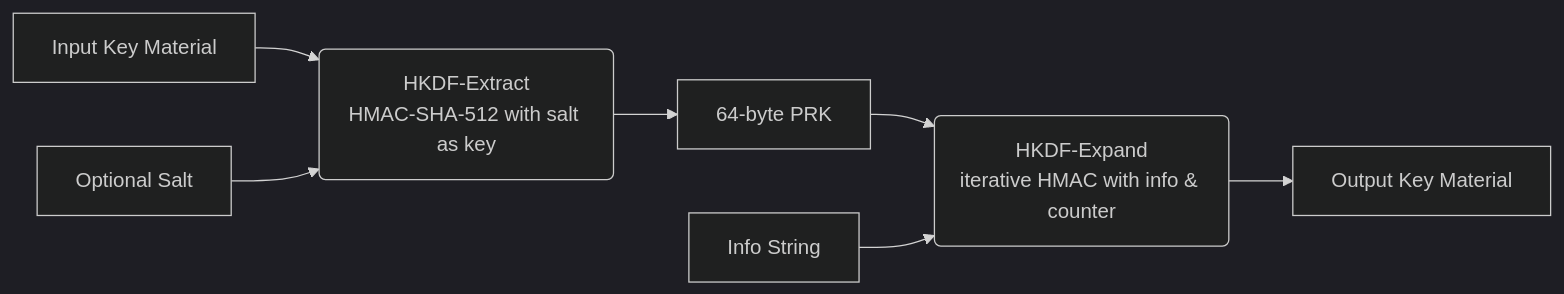
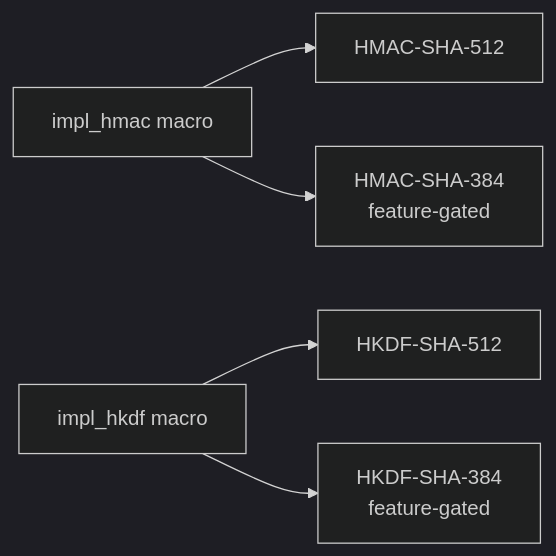
Before and after one commit to mroczect/libvctrl: the second of 4 diagrams in libvctrl_sha512/README.md, drawn with Mermaid (dark theme). The commit also changed other lines of this file and 4 other files, not shown here.

````diff
--- a/libvctrl_sha512/README.md
+++ b/libvctrl_sha512/README.md
@@ -82,9 +104,7 @@
 ```mermaid
-flowchart LR
-    IKM[Input Key Material] --> EXT(HKDF‑Extract<br/>HMAC‑SHA‑512 with salt as key)
-    SALT[Optional Salt] --> EXT
-    EXT --> PRK[64‑byte PRK]
-    PRK --> EXP(HKDF‑Expand<br/>iterative HMAC with info & counter)
-    INFO[Info String] --> EXP
-    EXP --> OKM[Output Key Material]
+graph LR
+    MACRO_HMAC[impl_hmac macro] --> HMAC_SHA512[HMAC-SHA-512]
+    MACRO_HMAC --> HMAC_SHA384[HMAC-SHA-384<br/>feature-gated]
+    MACRO_HKDF[impl_hkdf macro] --> HKDF_SHA512[HKDF-SHA-512]
+    MACRO_HKDF --> HKDF_SHA384[HKDF-SHA-384<br/>feature-gated]
 ```
````
